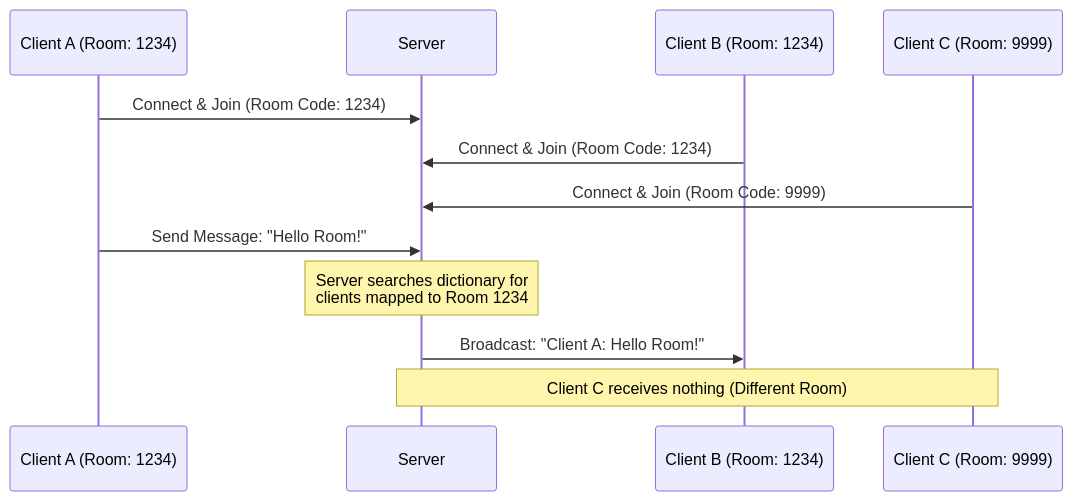
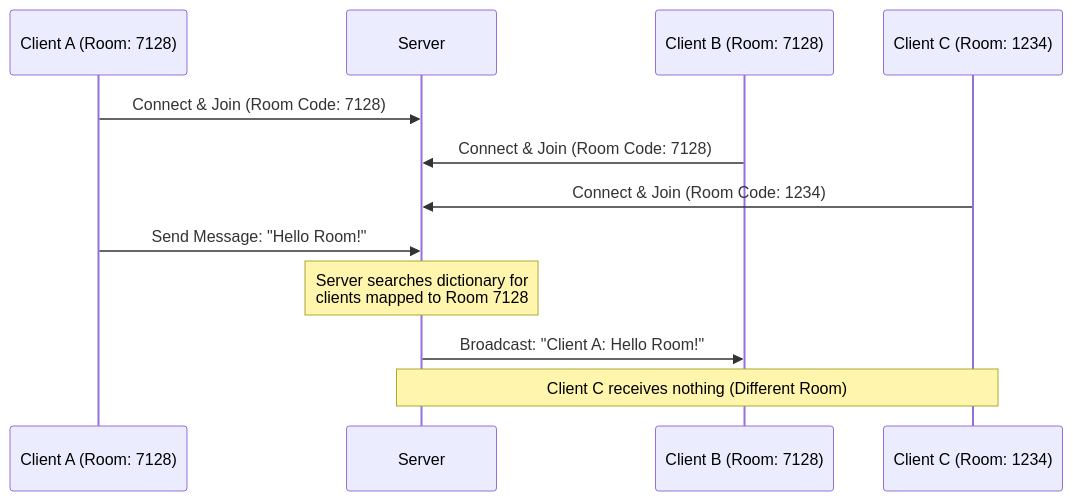
Before and after one commit to hrittik702/Chat-Room: the diagram in readme.md, drawn with Mermaid.

Commit message:
System architecure redefine

````diff
--- a/readme.md
+++ b/readme.md
@@ -8,18 +8,18 @@
 ```mermaid
 sequenceDiagram
-    participant A as Client A (Room: 1234)
+    participant A as Client A (Room: 7128)
     participant S as Server
-    participant B as Client B (Room: 1234)
-    participant C as Client C (Room: 9999)
+    participant B as Client B (Room: 7128)
+    participant C as Client C (Room: 1234)
     
-    A->>S: Connect & Join (Room Code: 1234)
-    B->>S: Connect & Join (Room Code: 1234)
-    C->>S: Connect & Join (Room Code: 9999)
+    A->>S: Connect & Join (Room Code: 7128)
+    B->>S: Connect & Join (Room Code: 7128)
+    C->>S: Connect & Join (Room Code: 1234)
     
     A->>S: Send Message: "Hello Room!"
     
-    Note over S: Server searches dictionary for<br/>clients mapped to Room 1234
+    Note over S: Server searches dictionary for<br/>clients mapped to Room 7128
     
     S->>B: Broadcast: "Client A: Hello Room!"
     Note over S, C: Client C receives nothing (Different Room)
 ```
````
